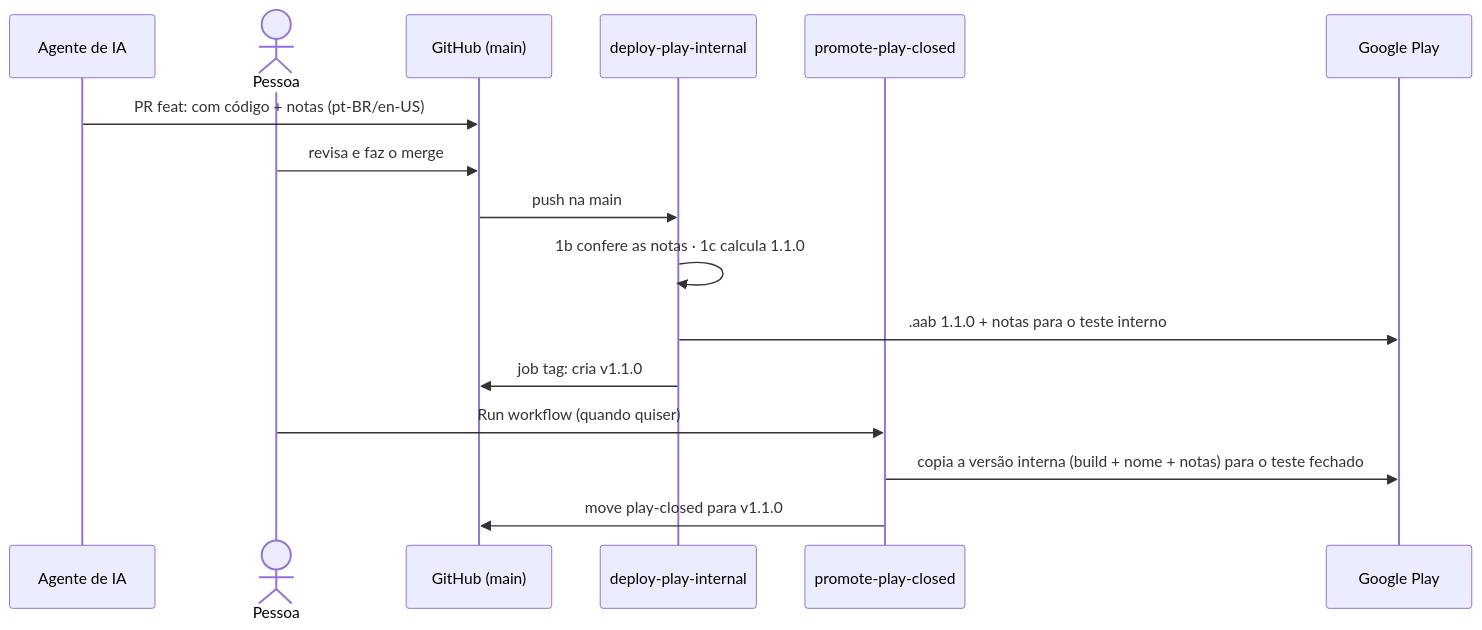
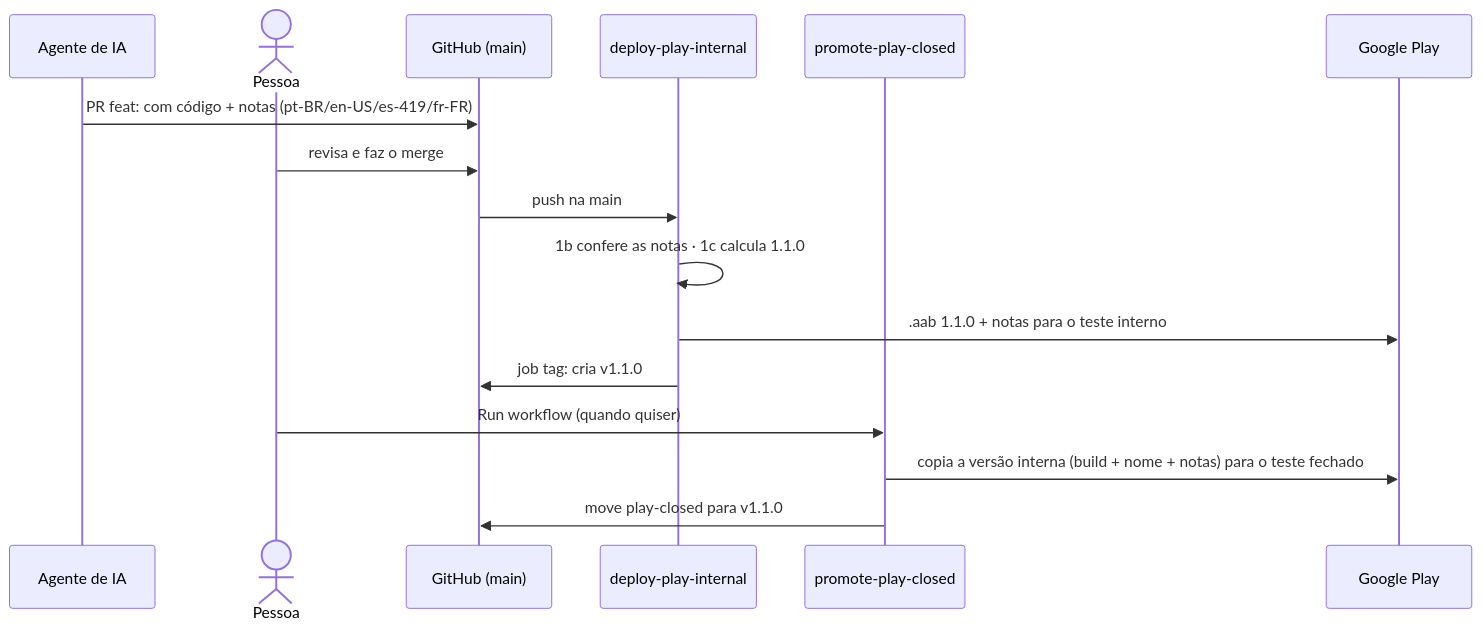
One commit to monamienet/monamie-app changed the diagram in docs/pt-br/entendendo-o-ci.md. Above: the diagram before and after it, drawn with Mermaid. The commit also changed other lines of this file and 10 other files, not shown here.

````diff
--- a/docs/pt-br/entendendo-o-ci.md
+++ b/docs/pt-br/entendendo-o-ci.md
@@ -334,19 +335,19 @@
 ```mermaid
 sequenceDiagram
     participant IA as Agente de IA
     actor Dev as Pessoa
     participant GH as GitHub (main)
     participant Dep as deploy-play-internal
     participant Pro as promote-play-closed
     participant Play as Google Play
 
-    IA->>GH: PR feat: com código + notas (pt-BR/en-US)
+    IA->>GH: PR feat: com código + notas (pt-BR/en-US/es-419/fr-FR)
     Dev->>GH: revisa e faz o merge
     GH->>Dep: push na main
     Dep->>Dep: 1b confere as notas · 1c calcula 1.1.0
     Dep->>Play: .aab 1.1.0 + notas para o teste interno
     Dep->>GH: job tag: cria v1.1.0
     Dev->>Pro: Run workflow (quando quiser)
     Pro->>Play: copia a versão interna (build + nome + notas) para o teste fechado
     Pro->>GH: move play-closed para v1.1.0
 ```
````
